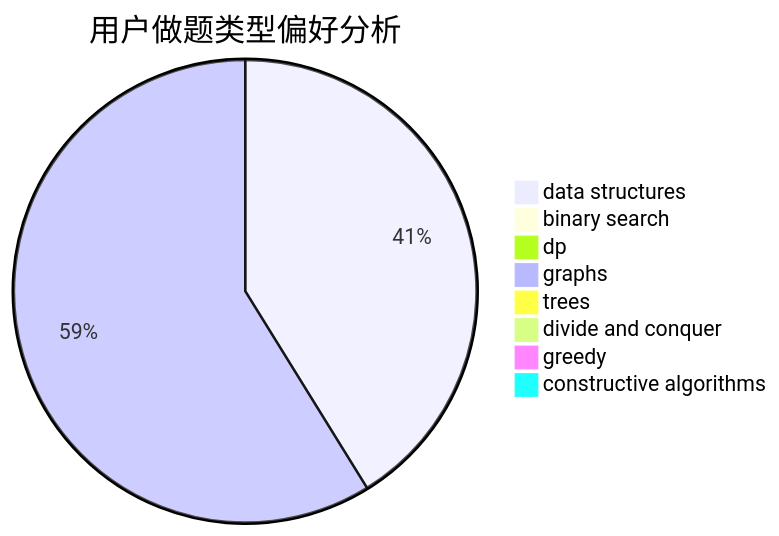
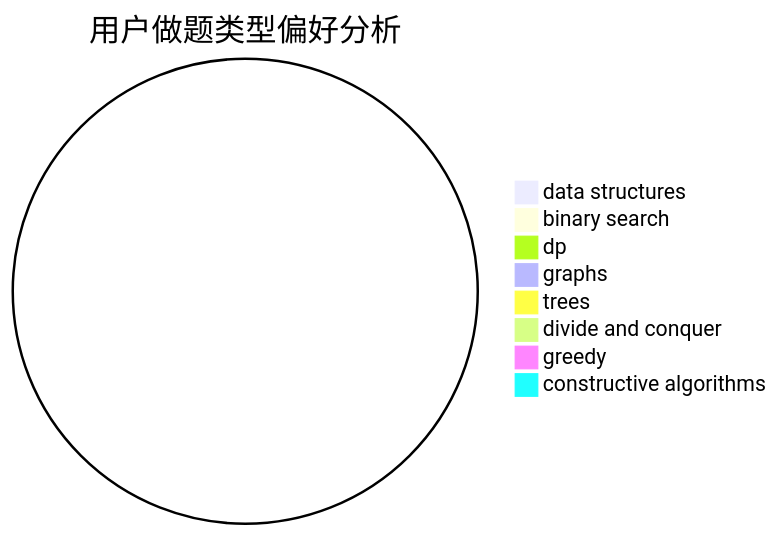
One commit to sherpahu/cfrs.github.io changed the second of 3 diagrams in docs/user/u769.md. Above: the diagram before and after it, drawn with Mermaid. The commit also changed other lines of this file and 2770 other files, not shown here.

````diff
--- a/docs/user/u769.md
+++ b/docs/user/u769.md
@@ -23,11 +23,11 @@
 ```mermaid
 pie title 用户做题类型偏好分析
-    "data structures" :  7
+    "data structures" :  0
     "binary search" :  0
     "dp" :  0
-    "graphs" :  10
+    "graphs" :  0
     "trees" :  0
     "divide and conquer" :  0
     "greedy" :  0
     "constructive algorithms" :  0
 ```
````
